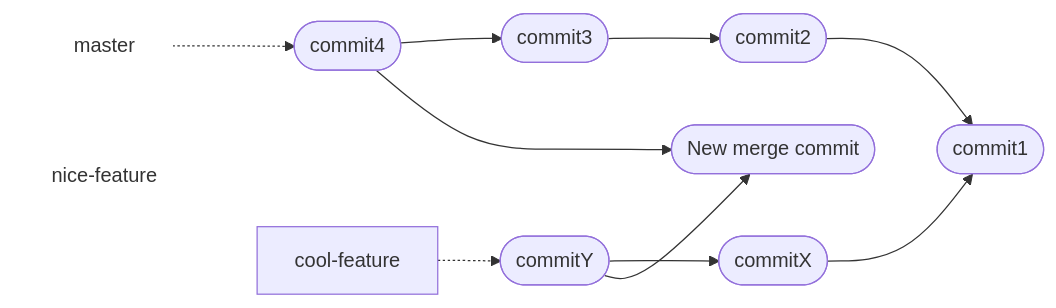
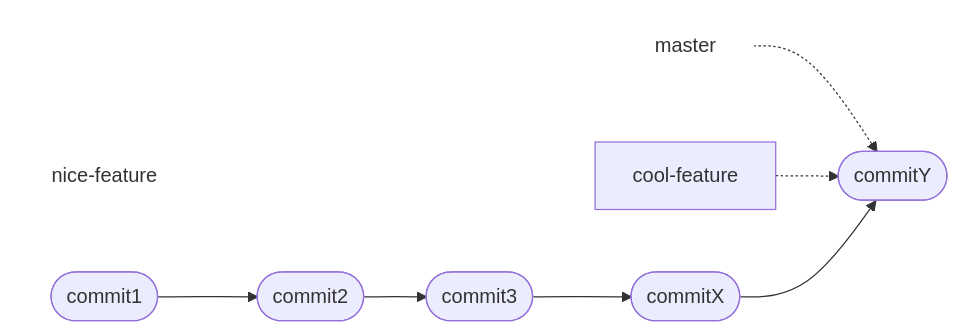
One commit to hpc2n/course-intro-git changed the fifth of 9 diagrams in docs/branches.md. Above: the diagram before and after it, drawn with Mermaid. The commit also changed other lines of this file, not shown here.

Commit message:
Trying to get the order correct in the mermaid diagram and to get the ff merge to look good

````diff
--- a/docs/branches.md
+++ b/docs/branches.md
@@ -352,26 +376,21 @@
 ```mermaid
 graph LR
 
-  commit4Y(["New merge commit"])
   master["master"]
   style master fill:#ffffff,stroke:#ffffff
   nice-feature["nice-feature"]
   style nice-feature fill:#ffffff,stroke:#ffffff
 
-  commitX(["commitX"])
   commit1(["commit1"])
   commit2(["commit2"])
+  commit3(["commit3"])
+  commitX(["commitX"])
   commitY(["commitY"])
-  commit3(["commit3"])
-  commit4(["commit4"])
 
-  master -.-> commit4
-  commit4 --> commit3
-  commit4 --> commit4Y
+  master -.-> commitY
   cool-feature -.-> commitY
-  commit3 --> commit2
-  commit2 --> commit1
-  commitY --> commitX
-  commitY --> commit4Y
-  commitX --> commit1
+  commit1 --> commit2
+  commit2 --> commit3
+  commit3 --> commitX
+  commitX --> commitY
 ```
````
